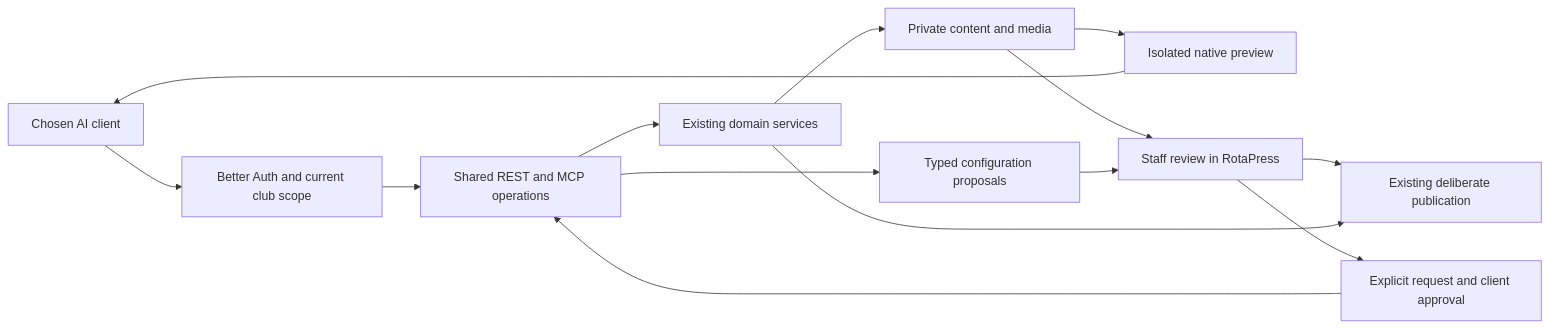
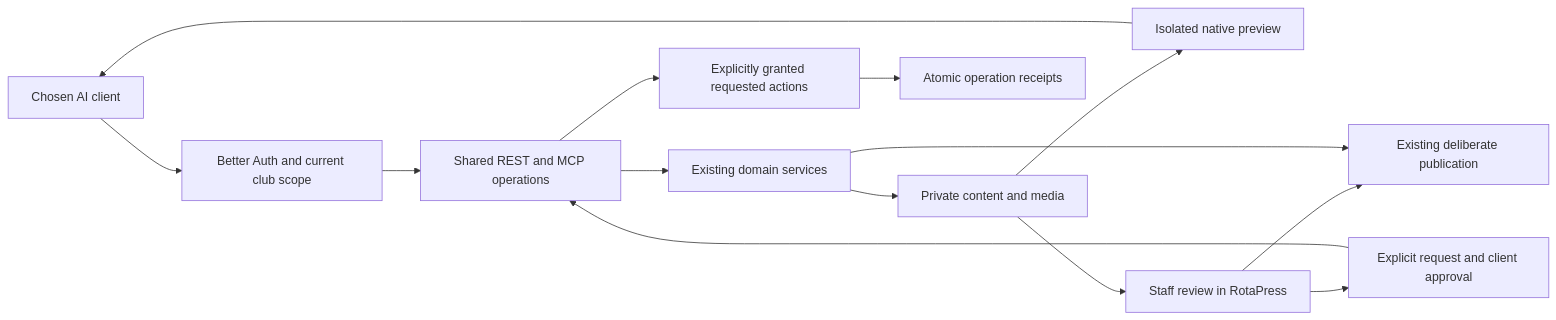
One commit to Rotaract-Luxembourg-ASBL/RotaPress changed the diagram in docs/development/automation-workflows.md. Above: the diagram before and after it, drawn with Mermaid. The commit also changed other lines of this file and 517 other files, not shown here.

````diff
--- a/docs/development/automation-workflows.md
+++ b/docs/development/automation-workflows.md
@@ -82,16 +80,16 @@
 ```mermaid
 flowchart LR
   Client[Chosen AI client] --> Auth[Better Auth and current club scope]
   Auth --> Registry[Shared REST and MCP operations]
   Registry --> Services[Existing domain services]
   Services --> Drafts[Private content and media]
   Drafts --> Preview[Isolated native preview]
   Preview --> Client
   Drafts --> Review[Staff review in RotaPress]
-  Registry --> Proposals[Typed configuration proposals]
-  Proposals --> Review
+  Registry --> Actions[Explicitly granted requested actions]
+  Actions --> Receipts[Atomic operation receipts]
   Review --> Public[Existing deliberate publication]
   Review --> Request[Explicit request and client approval]
   Request --> Registry
   Services --> Public
 ```
````
